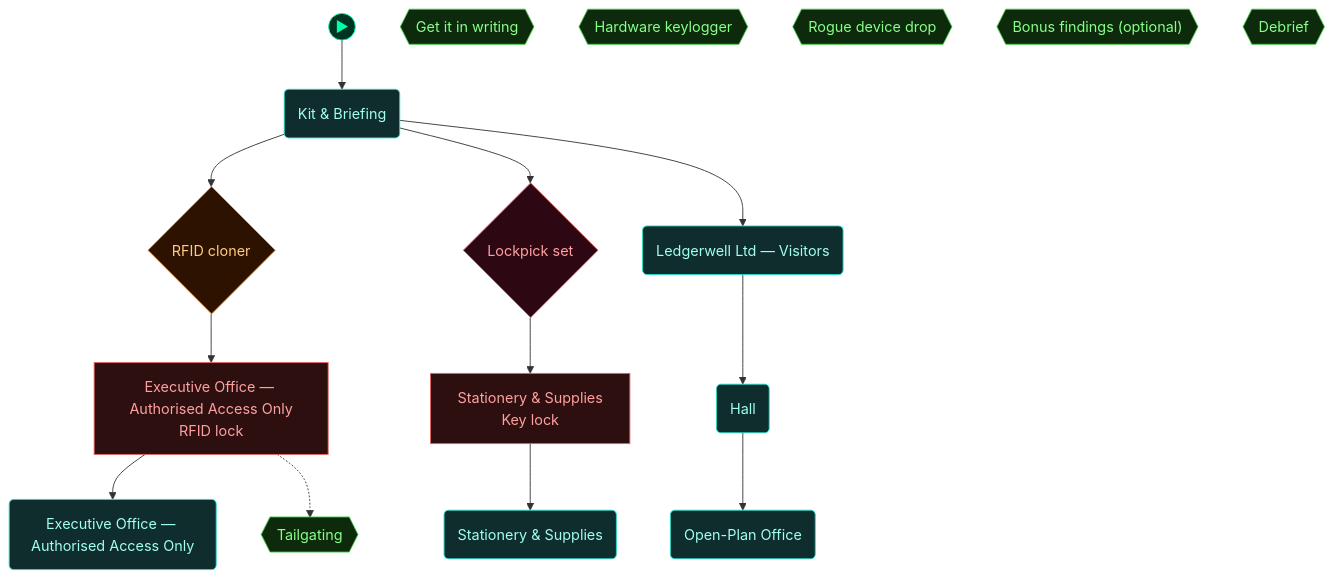
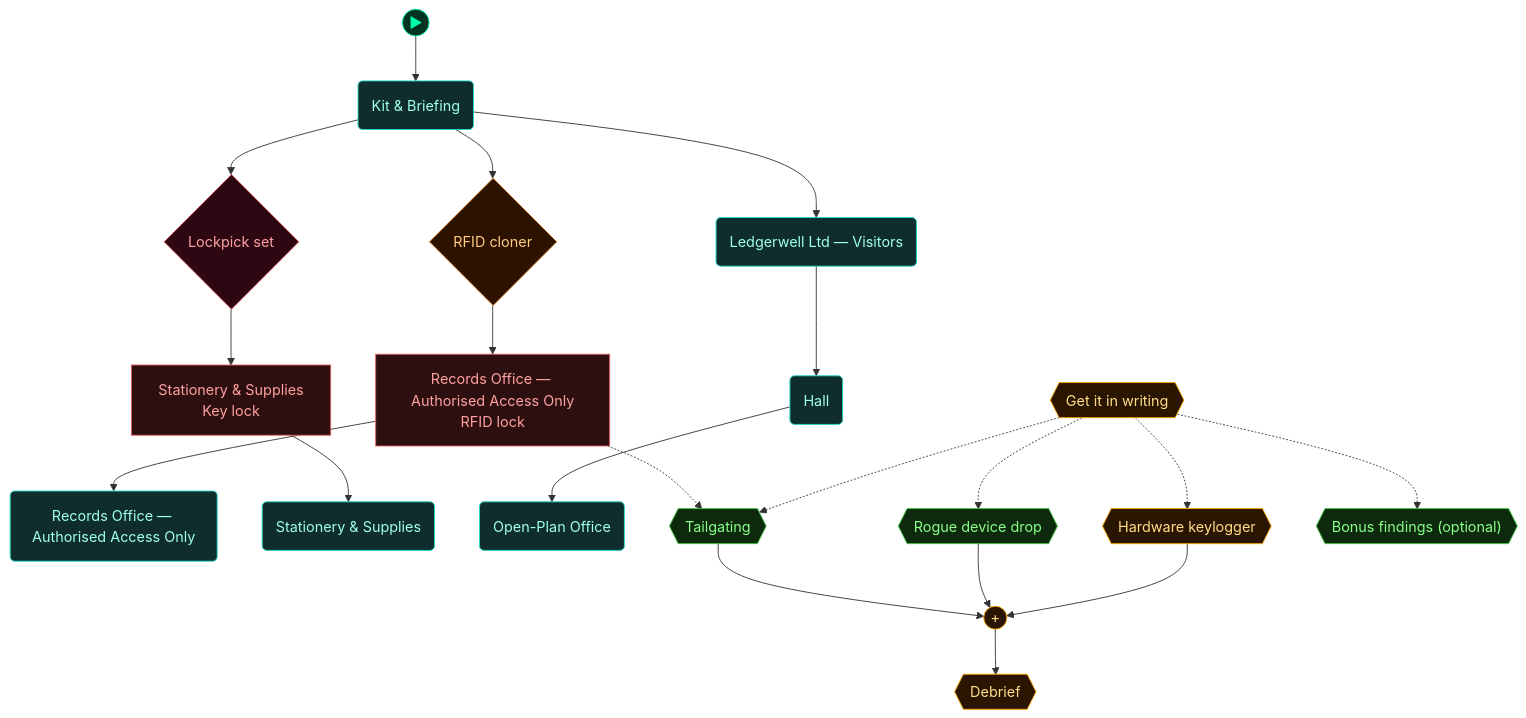
The third of 5 diagrams in scenarios/lab_physical_pentest/dungeon_graph.md (cliffe/BreakEscape), drawn with Mermaid before and after one commit. The commit also changed other lines of this file and 5 other files, not shown here.

````diff
--- a/scenarios/lab_physical_pentest/dungeon_graph.md
+++ b/scenarios/lab_physical_pentest/dungeon_graph.md
@@ -137,56 +147,66 @@
 ```mermaid
 flowchart TD
 
   classDef room      fill:#0f2d2d,stroke:#22ddcc,color:#a0ffee
   classDef lock      fill:#2d0f0f,stroke:#e66060,color:#ffa0a0
   classDef key       fill:#2d0812,stroke:#e66060,color:#ffa0a0
   classDef item      fill:#2d1200,stroke:#e89030,color:#ffcc80
   classDef gate      fill:#111,stroke:#666,color:#eee
   classDef vm        fill:#0c1f40,stroke:#4a90d9,color:#a0c8ff
   classDef flag      fill:#1a0c2d,stroke:#9060d0,color:#cc99ff
   classDef action    fill:#1a1200,stroke:#cc9922,color:#ffee88
   classDef aim       fill:#0d2a0d,stroke:#44cc44,color:#88ff88
   classDef aim_gate  fill:#111111,stroke:#44cc44,color:#44cc44
   classDef container fill:#1a2d1a,stroke:#60b060,color:#a0e0a0
   classDef npc       fill:#2d1f0d,stroke:#d0a050,color:#ffe0a0
   classDef critical  fill:#2a1500,stroke:#ffaa00,color:#ffdd88
   classDef start     fill:#003322,stroke:#00ffaa,color:#00ffaa
 
   node_start(("▶"))
   node_start --> briefing_room
 
-  door_secure_area["Executive Office — Authorised Access Only<br/>RFID lock"]
-  secure_area("Executive Office — Authorised Access Only")
+  door_secure_area["Records Office — Authorised Access Only<br/>RFID lock"]
+  secure_area("Records Office — Authorised Access Only")
   door_store_room["Stationery & Supplies<br/>Key lock"]
   store_room("Stationery & Supplies")
   briefing_room("Kit & Briefing")
   rfid_cloner{"RFID cloner"}
   lockpick_set{"Lockpick set"}
   reception("Ledgerwell Ltd — Visitors")
   hall("Hall")
   open_plan("Open-Plan Office")
   aim_authorise{{"Get it in writing"}}
   aim_keylogger{{"Hardware keylogger"}}
   aim_usb{{"Rogue device drop"}}
   aim_tailgate{{"Tailgating"}}
   aim_bonus_beats{{"Bonus findings (optional)"}}
   aim_debrief{{"Debrief"}}
+  aim_andgate_debrief((" + "))
 
   door_secure_area --> secure_area
   door_store_room --> store_room
   briefing_room --> rfid_cloner
   rfid_cloner --> door_secure_area
   briefing_room --> lockpick_set
   lockpick_set --> door_store_room
   briefing_room --> reception
   reception --> hall
   hall --> open_plan
+  aim_authorise -.-> aim_keylogger
+  aim_authorise -.-> aim_usb
+  aim_authorise -.-> aim_tailgate
+  aim_authorise -.-> aim_bonus_beats
+  aim_keylogger --> aim_andgate_debrief
+  aim_usb --> aim_andgate_debrief
+  aim_tailgate --> aim_andgate_debrief
+  aim_andgate_debrief --> aim_debrief
   door_secure_area -.-> aim_tailgate
 
   class door_secure_area,door_store_room lock
   class secure_area,store_room,briefing_room,reception,hall,open_plan room
   class rfid_cloner item
   class lockpick_set key
-  class aim_authorise,aim_keylogger,aim_usb,aim_tailgate,aim_bonus_beats,aim_debrief aim
+  class aim_authorise,aim_keylogger,aim_debrief,aim_andgate_debrief critical
+  class aim_usb,aim_tailgate,aim_bonus_beats aim
   class node_start start
 ```
````
